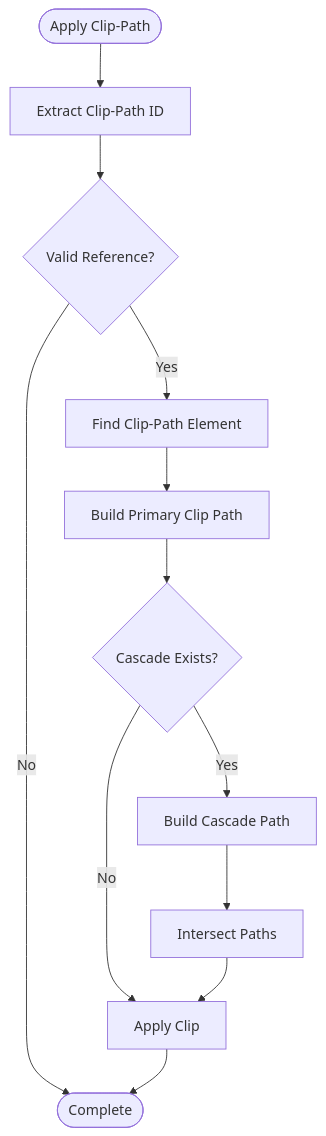
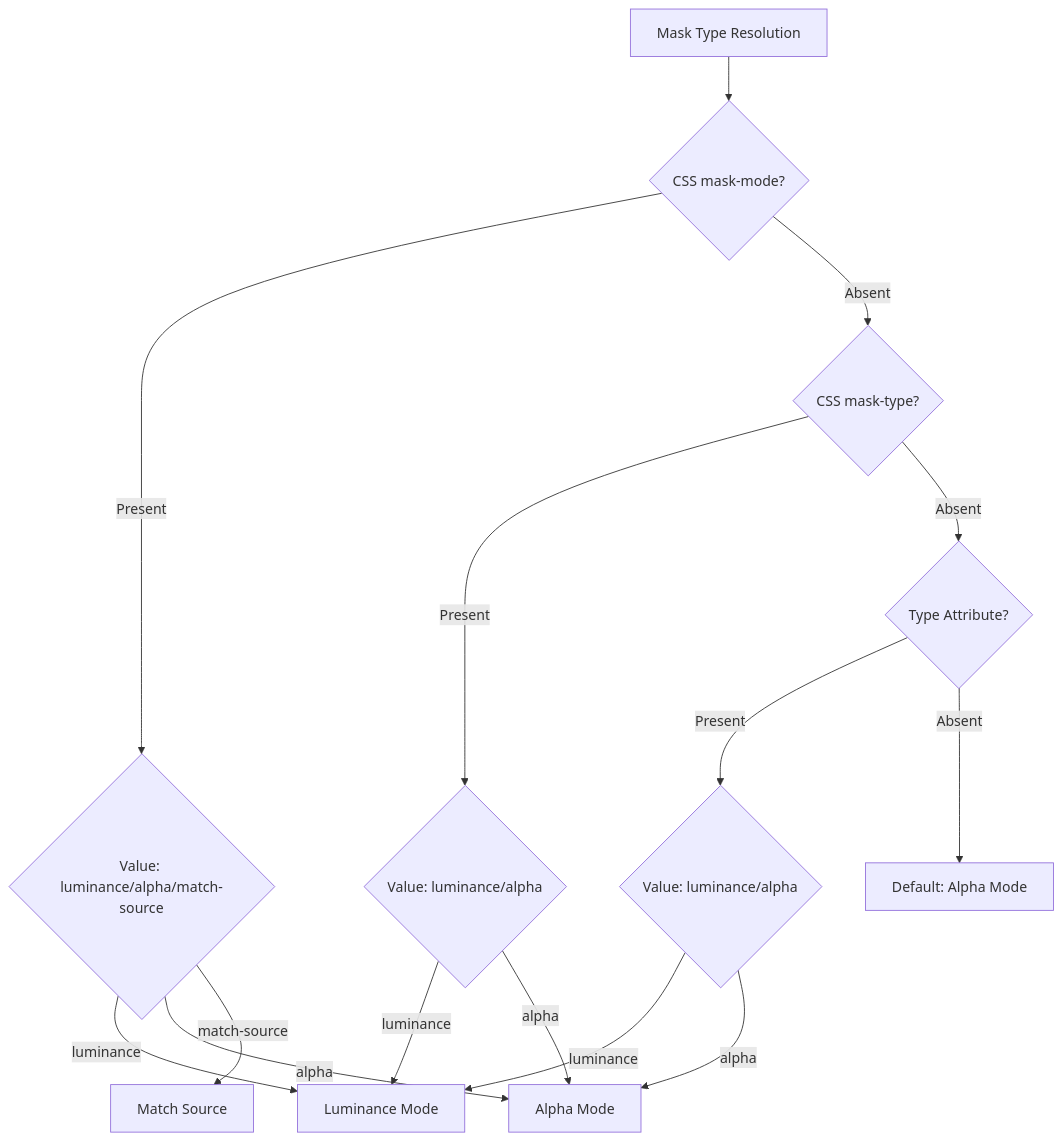
The second of 5 diagrams in .qoder/repowiki/en/content/Animated SVG Support/Advanced Animation Features/SVG Filters and Effects/Advanced Clipping and Masking System.md (denisnadey/flutter_full_svg_support), drawn with Mermaid before and after one commit. The commit also changed other lines of this file and 5 other files, not shown here.

````diff
--- a/.qoder/repowiki/en/content/Animated SVG Support/Advanced Animation Features/SVG Filters and Effects/Advanced Clipping and Masking System.md
+++ b/.qoder/repowiki/en/content/Animated SVG Support/Advanced Animation Features/SVG Filters and Effects/Advanced Clipping and Masking System.md
@@ -129,14 +119,17 @@
 ```mermaid
 flowchart TD
-Start([Apply Clip-Path]) --> ExtractId[Extract Clip-Path ID]
-ExtractId --> ValidateRef{Valid Reference?}
-ValidateRef --> |No| End([Skip])
-ValidateRef --> |Yes| FindNode[Find Clip-Path Element]
-FindNode --> BuildPrimary[Build Primary Clip Path]
-BuildPrimary --> CheckCascade{Cascade Exists?}
-CheckCascade --> |Yes| BuildCascade[Build Cascade Path]
-CheckCascade --> |No| ApplyClip[Apply Clip]
-BuildCascade --> IntersectPaths[Intersect Paths]
-IntersectPaths --> ApplyClip
-ApplyClip --> End([Complete])
+MT[Mask Type Resolution] --> MM{CSS mask-mode?}
+MM --> |Present| MMV{Value: luminance/alpha/match-source}
+MMV --> |luminance| LM[Luminance Mode]
+MMV --> |alpha| AM[Alpha Mode]
+MMV --> |match-source| MS[Match Source]
+MM --> |Absent| MT2{CSS mask-type?}
+MT2 --> |Present| MT2V{Value: luminance/alpha}
+MT2V --> |luminance| LM
+MT2V --> |alpha| AM
+MT2 --> |Absent| TA{Type Attribute?}
+TA --> |Present| TAV{Value: luminance/alpha}
+TAV --> |luminance| LM
+TAV --> |alpha| AM
+TA --> |Absent| DEFAULT[Default: Alpha Mode]
 ```
````
